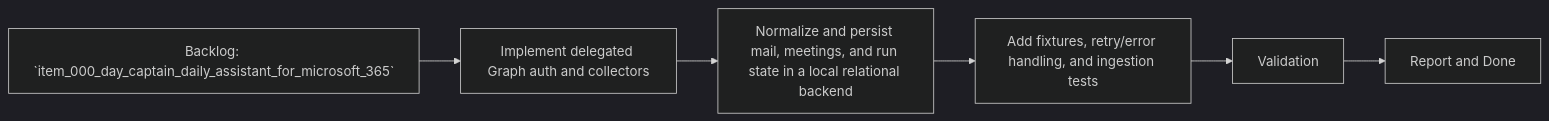
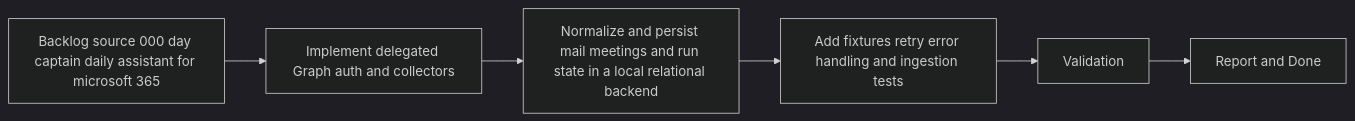
One commit to AlexAgo83/day-captain changed the diagram in logics/tasks/task_001_day_captain_graph_ingestion_and_storage.md. Above: the diagram before and after it, drawn with Mermaid (dark theme). The commit also changed 40 other files, not shown here.

Commit message:
Normalize Logics Mermaid diagrams

````diff
--- a/logics/tasks/task_001_day_captain_graph_ingestion_and_storage.md
+++ b/logics/tasks/task_001_day_captain_graph_ingestion_and_storage.md
@@ -19,8 +19,8 @@
 ```mermaid
 flowchart LR
-    Backlog[Backlog: `item_000_day_captain_daily_assistant_for_microsoft_365`] --> Step1[Implement delegated Graph auth and collectors]
-    Step1 --> Step2[Normalize and persist mail, meetings, and run state in a local relational backend]
-    Step2 --> Step3[Add fixtures, retry/error handling, and ingestion tests]
+    Backlog[Backlog source 000 day captain daily assistant for microsoft 365] --> Step1[Implement delegated Graph auth and collectors]
+    Step1 --> Step2[Normalize and persist mail meetings and run state in a local relational backend]
+    Step2 --> Step3[Add fixtures retry error handling and ingestion tests]
     Step3 --> Validation[Validation]
     Validation --> Report[Report and Done]
 ```
````
